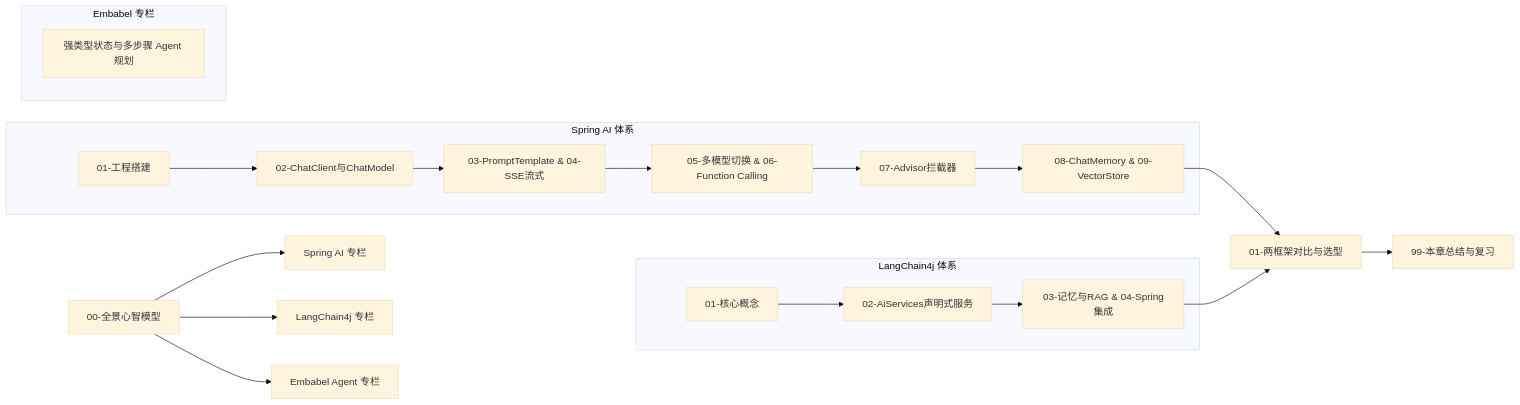
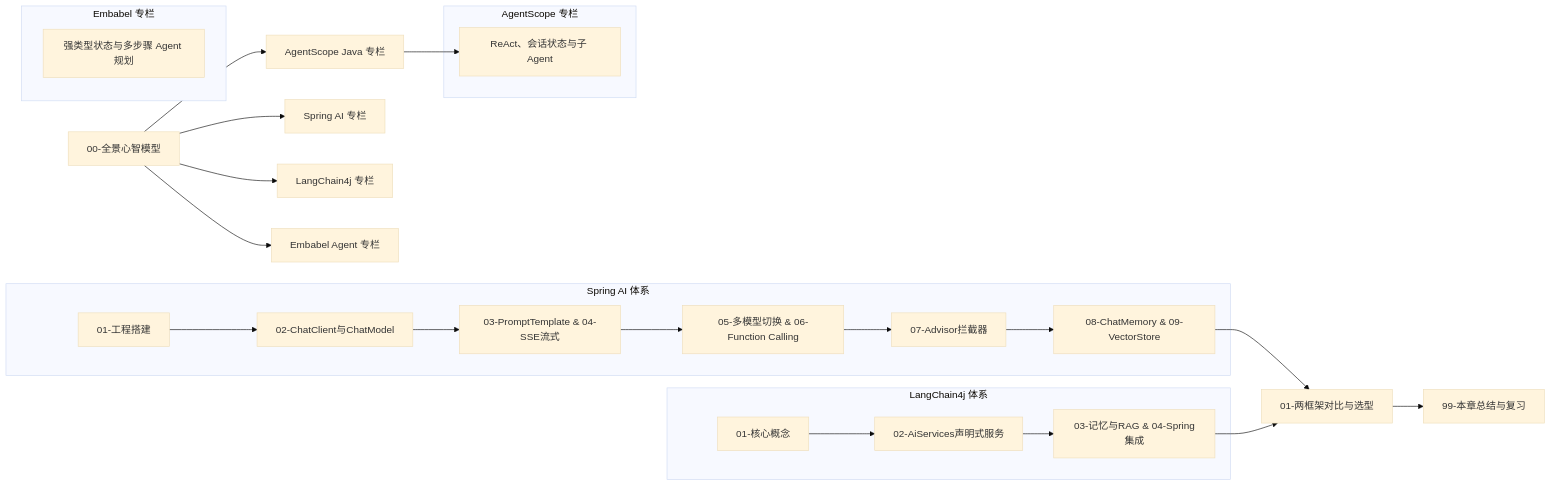
One commit to GuoWWWX/knowledge-base changed the third of 3 diagrams in 10-AI应用开发/02-框架-SpringAI与LangChain4j/00-Java-AI框架全景与心智模型.md. Above: the diagram before and after it, drawn with Mermaid (base theme). The commit also changed other lines of this file and 368 other files, not shown here.

````diff
--- a/10-AI应用开发/02-框架-SpringAI与LangChain4j/00-Java-AI框架全景与心智模型.md
+++ b/10-AI应用开发/02-框架-SpringAI与LangChain4j/00-Java-AI框架全景与心智模型.md
@@ -167,27 +150,33 @@
 ```mermaid
 flowchart LR
     A[00-全景心智模型] --> B[Spring AI 专栏]
     A --> C[LangChain4j 专栏]
     A --> D[Embabel Agent 专栏]
+    A --> E[AgentScope Java 专栏]
 
     subgraph SAI["Spring AI 体系"]
         B1["01-工程搭建"] --> B2["02-ChatClient与ChatModel"]
         B2 --> B3["03-PromptTemplate & 04-SSE流式"]
         B3 --> B4["05-多模型切换 & 06-Function Calling"]
         B4 --> B5["07-Advisor拦截器"]
         B5 --> B6["08-ChatMemory & 09-VectorStore"]
     end
 
     subgraph LC4J["LangChain4j 体系"]
         C1["01-核心概念"] --> C2["02-AiServices声明式服务"]
         C2 --> C3["03-记忆与RAG & 04-Spring集成"]
     end
 
     subgraph EMB["Embabel 专栏"]
         D1["强类型状态与多步骤 Agent 规划"]
     end
 
+    subgraph AS["AgentScope 专栏"]
+        E1["ReAct、会话状态与子 Agent"]
+    end
+
     B6 --> CMP["01-两框架对比与选型"]
     C3 --> CMP
+    E --> E1
     CMP --> FIN["99-本章总结与复习"]
 ```
````
